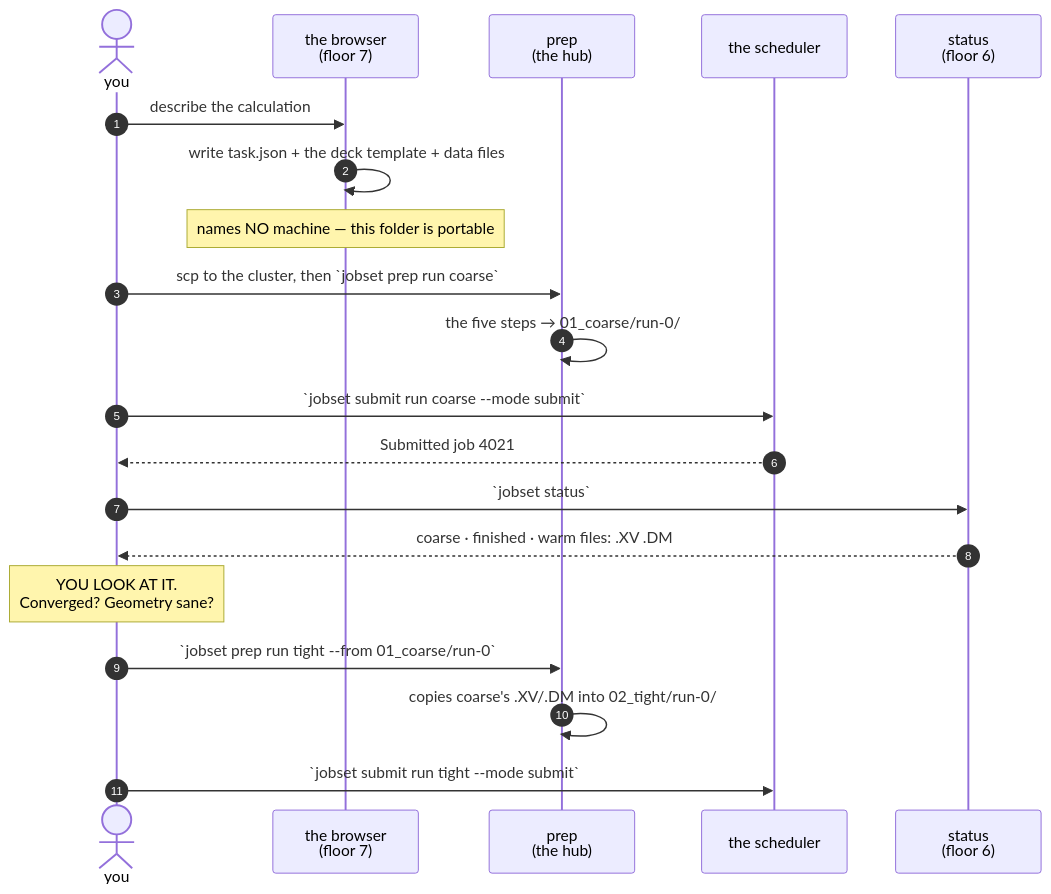
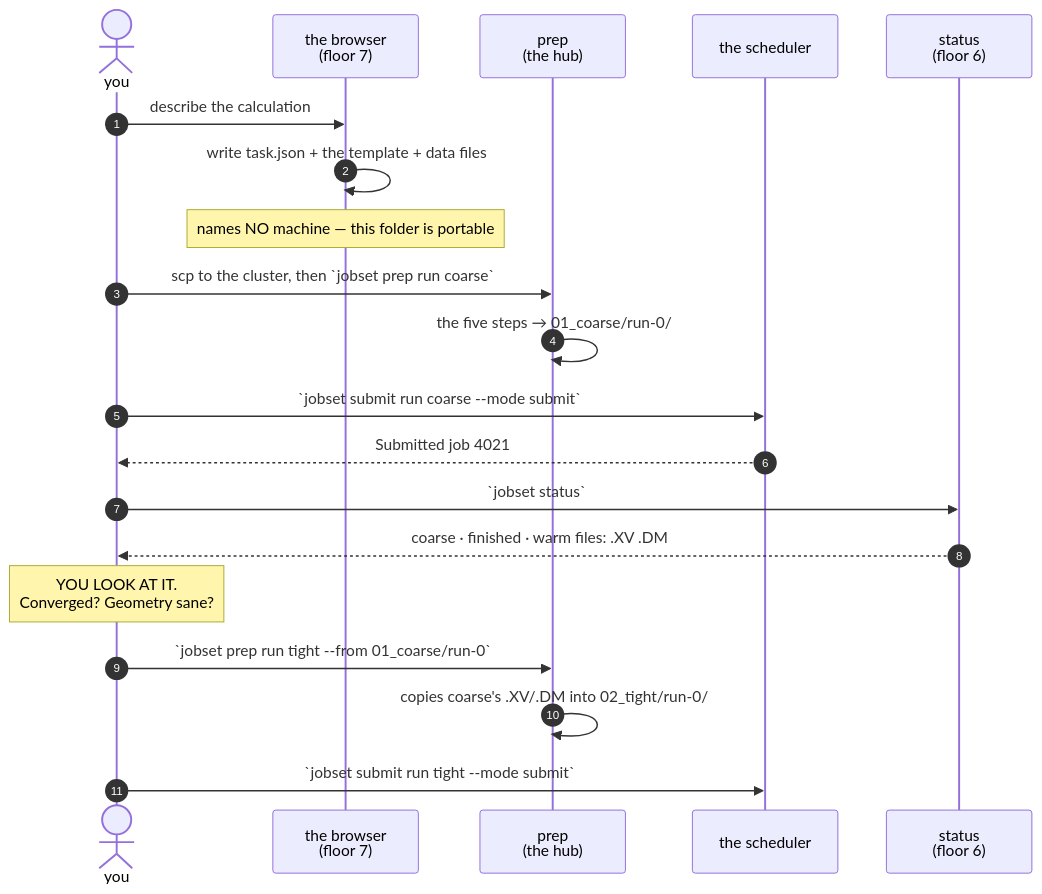
One commit to Qing-LAB/molbuilder changed the fifth of 9 diagrams in docs/execution/architecture.md. Above: the diagram before and after it, drawn with Mermaid. The commit also changed other lines of this file and 85 other files, not shown here.

````diff
--- a/docs/execution/architecture.md
+++ b/docs/execution/architecture.md
@@ -499,23 +545,23 @@
 ```mermaid
 sequenceDiagram
     autonumber
     actor U as you
     participant B as the browser<br/>(floor 7)
     participant P as prep<br/>(the hub)
     participant S as the scheduler
     participant O as status<br/>(floor 6)
 
     U->>B: describe the calculation
-    B->>B: write task.json + the deck template + data files
+    B->>B: write task.json + the template + data files
     Note over B: names NO machine — this folder is portable
     U->>P: scp to the cluster, then `jobset prep run coarse`
     P->>P: the five steps → 01_coarse/run-0/
     U->>S: `jobset submit run coarse --mode submit`
     S-->>U: Submitted job 4021
     U->>O: `jobset status`
     O-->>U: coarse · finished · warm files: .XV .DM
     Note over U: YOU LOOK AT IT.<br/>Converged? Geometry sane?
     U->>P: `jobset prep run tight --from 01_coarse/run-0`
     P->>P: copies coarse's .XV/.DM into 02_tight/run-0/
     U->>S: `jobset submit run tight --mode submit`
 ```
````
